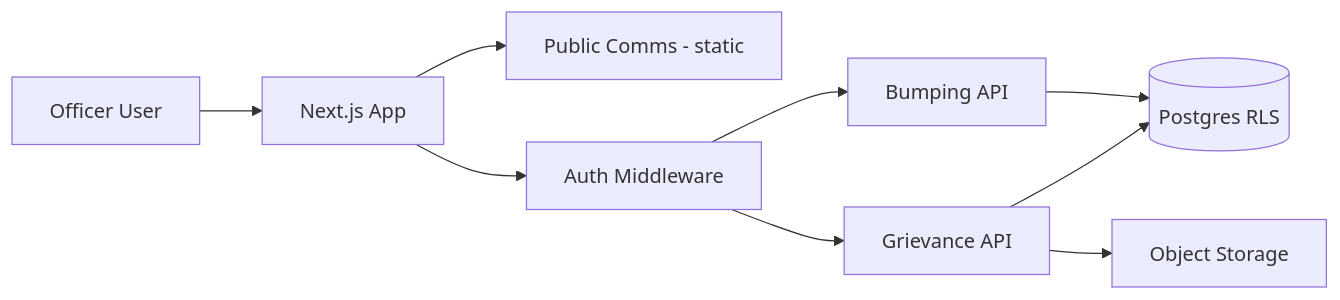
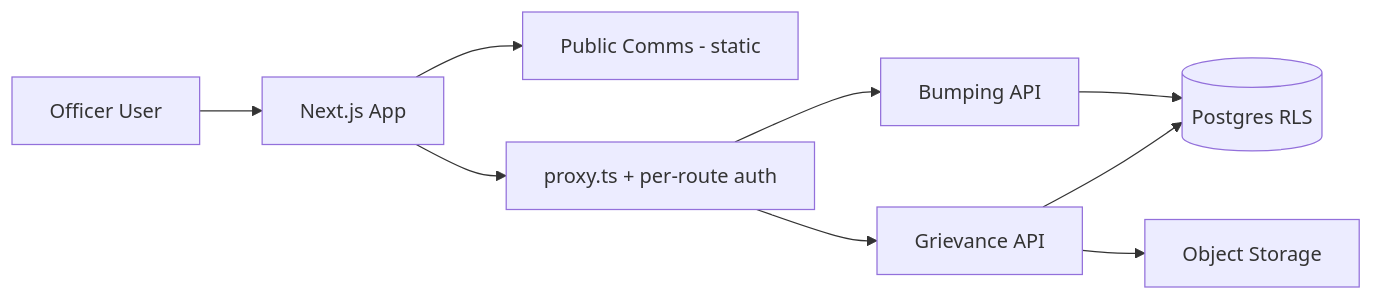
The diagram in docs/ARCHITECTURE.md (hackmods/union-communications), drawn with Mermaid before and after one commit. The commit also changed other lines of this file and 29 other files, not shown here.

````diff
--- a/docs/ARCHITECTURE.md
+++ b/docs/ARCHITECTURE.md
@@ -7,11 +7,11 @@
 ```mermaid
 flowchart LR
     User[Officer User] --> NextApp[Next.js App]
     NextApp --> PublicComms[Public Comms - static]
-    NextApp --> AuthGate[Auth Middleware]
+    NextApp --> AuthGate[proxy.ts + per-route auth]
     AuthGate --> GrievanceAPI[Grievance API]
     AuthGate --> BumpingAPI[Bumping API]
     GrievanceAPI --> Postgres[(Postgres RLS)]
     BumpingAPI --> Postgres
     GrievanceAPI --> ObjectStore[Object Storage]
 ```
````
